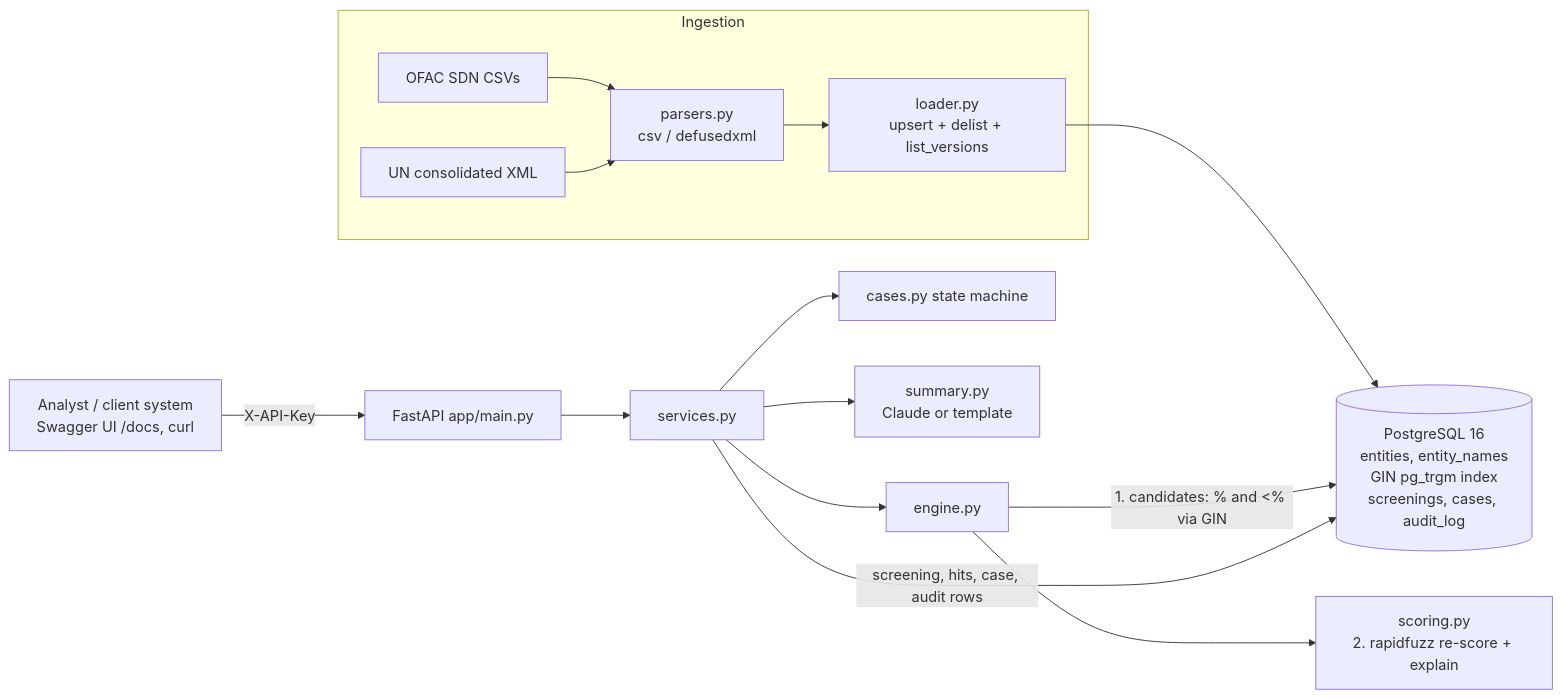
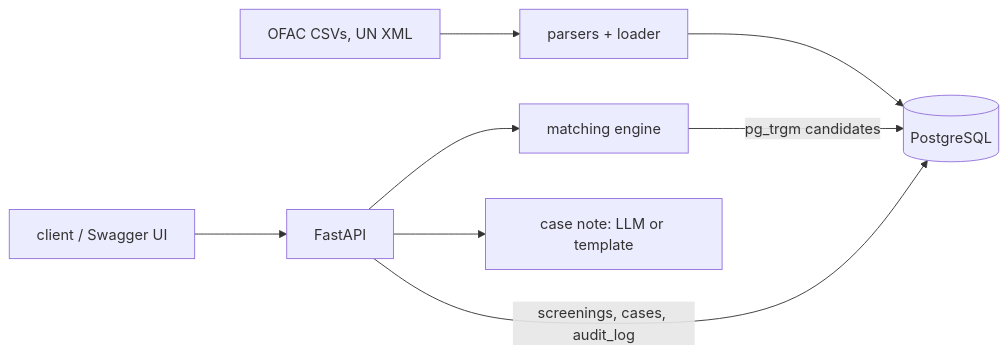
Before and after one commit to RutuK2005/sanctions-screener: the diagram in README.md, drawn with Mermaid. The commit also changed other lines of this file, not shown here.

````diff
--- a/README.md
+++ b/README.md
@@ -33,18 +13,9 @@
 ```mermaid
 flowchart LR
-    subgraph Ingestion
-        OFAC[OFAC SDN CSVs] --> P[parsers.py<br/>csv / defusedxml]
-        UN[UN consolidated XML] --> P
-        P --> L[loader.py<br/>upsert + delist + list_versions]
-    end
-    L --> DB[(PostgreSQL 16<br/>entities, entity_names<br/>GIN pg_trgm index<br/>screenings, cases, audit_log)]
-
-    Client[Analyst / client system<br/>Swagger UI /docs, curl] -->|X-API-Key| API[FastAPI app/main.py]
-    API --> S[services.py]
-    S --> E[engine.py]
-    E -->|1. candidates: % and <% via GIN| DB
-    E --> SC[scoring.py<br/>2. rapidfuzz re-score + explain]
-    S -->|screening, hits, case, audit rows| DB
-    S --> SM[cases.py state machine]
-    S --> SUM[summary.py<br/>Claude or template]
+    L[OFAC CSVs, UN XML] --> I[parsers + loader] --> DB[(PostgreSQL)]
+    C[client / Swagger UI] --> API[FastAPI]
+    API --> E[matching engine]
+    E -->|pg_trgm candidates| DB
+    API -->|screenings, cases, audit_log| DB
+    API --> N[case note: LLM or template]
 ```
````
